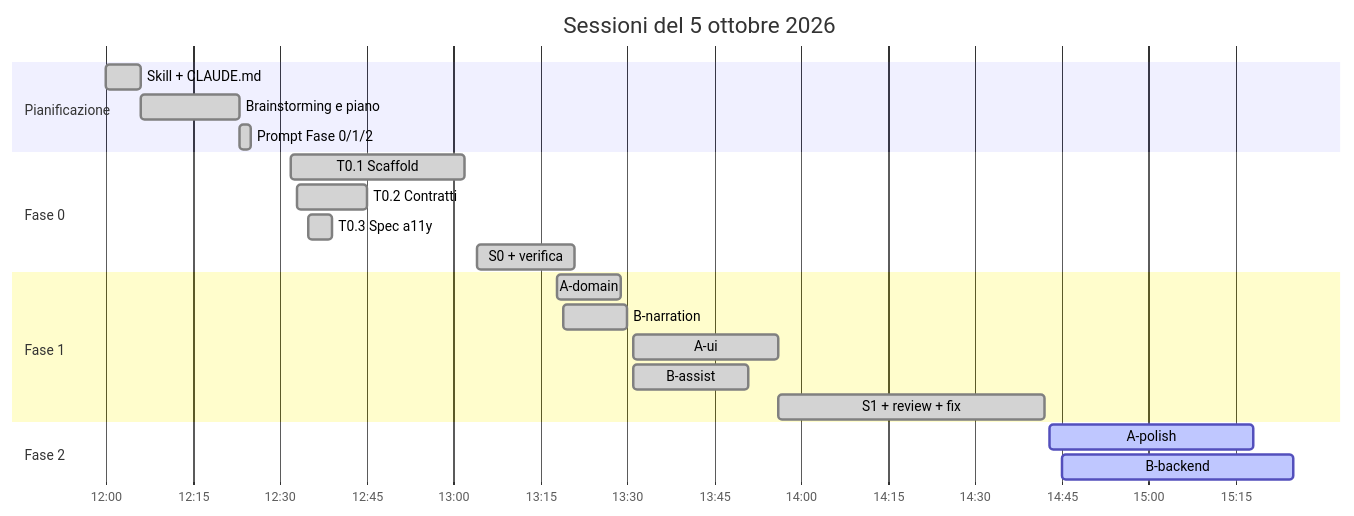
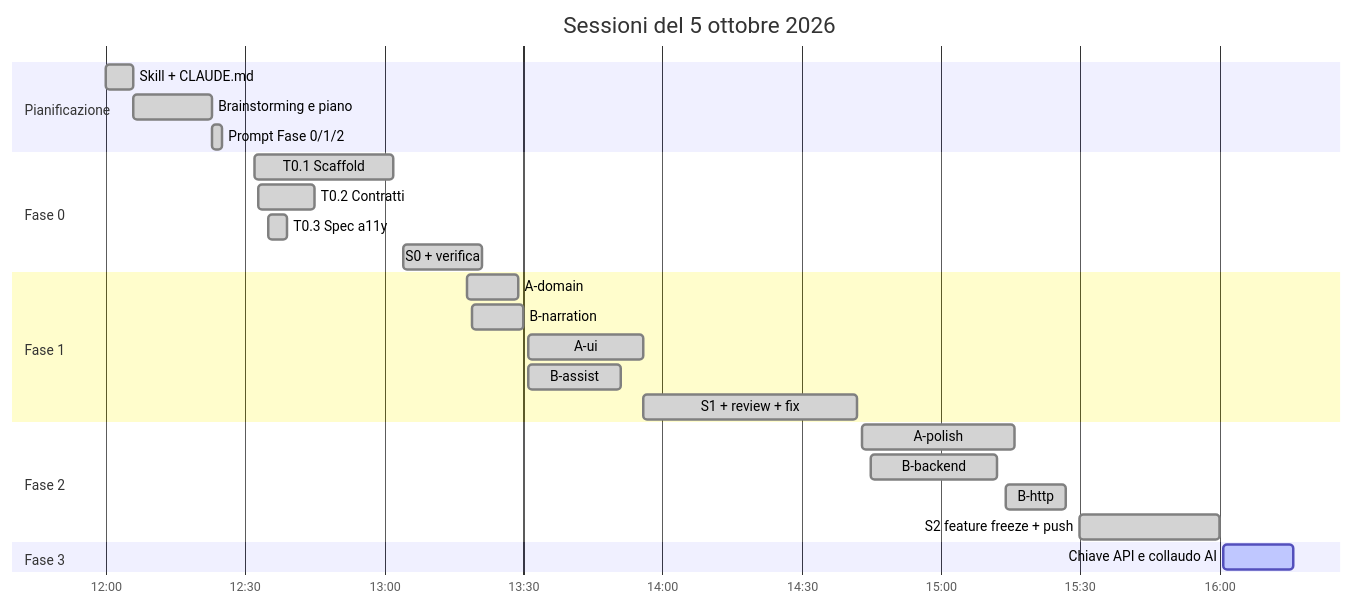
Before and after one commit to giusmalla-acn/hackathon: the second of 5 diagrams in presentation/percorso-progetto.md, drawn with Mermaid. The commit also changed other lines of this file, not shown here.

````diff
--- a/presentation/percorso-progetto.md
+++ b/presentation/percorso-progetto.md
@@ -57,24 +67,28 @@
 ```mermaid
 gantt
     title Sessioni del 5 ottobre 2026
     dateFormat HH:mm
     axisFormat %H:%M
     section Pianificazione
     Skill + CLAUDE.md          :done, 12:00, 6m
     Brainstorming e piano      :done, 12:06, 17m
     Prompt Fase 0/1/2          :done, 12:23, 2m
     section Fase 0
     T0.1 Scaffold              :done, 12:32, 30m
     T0.2 Contratti             :done, 12:33, 12m
     T0.3 Spec a11y             :done, 12:35, 4m
     S0 + verifica              :done, 13:04, 17m
     section Fase 1
     A-domain                   :done, 13:18, 11m
     B-narration                :done, 13:19, 11m
     A-ui                       :done, 13:31, 25m
     B-assist                   :done, 13:31, 20m
     S1 + review + fix          :done, 13:56, 46m
     section Fase 2
-    A-polish                   :active, 14:43, 35m
-    B-backend                  :active, 14:45, 40m
+    A-polish                   :done, 14:43, 33m
+    B-backend                  :done, 14:45, 27m
+    B-http                     :done, 15:14, 13m
+    S2 feature freeze + push   :done, 15:30, 30m
+    section Fase 3
+    Chiave API e collaudo AI   :active, 16:01, 15m
 ```
````
